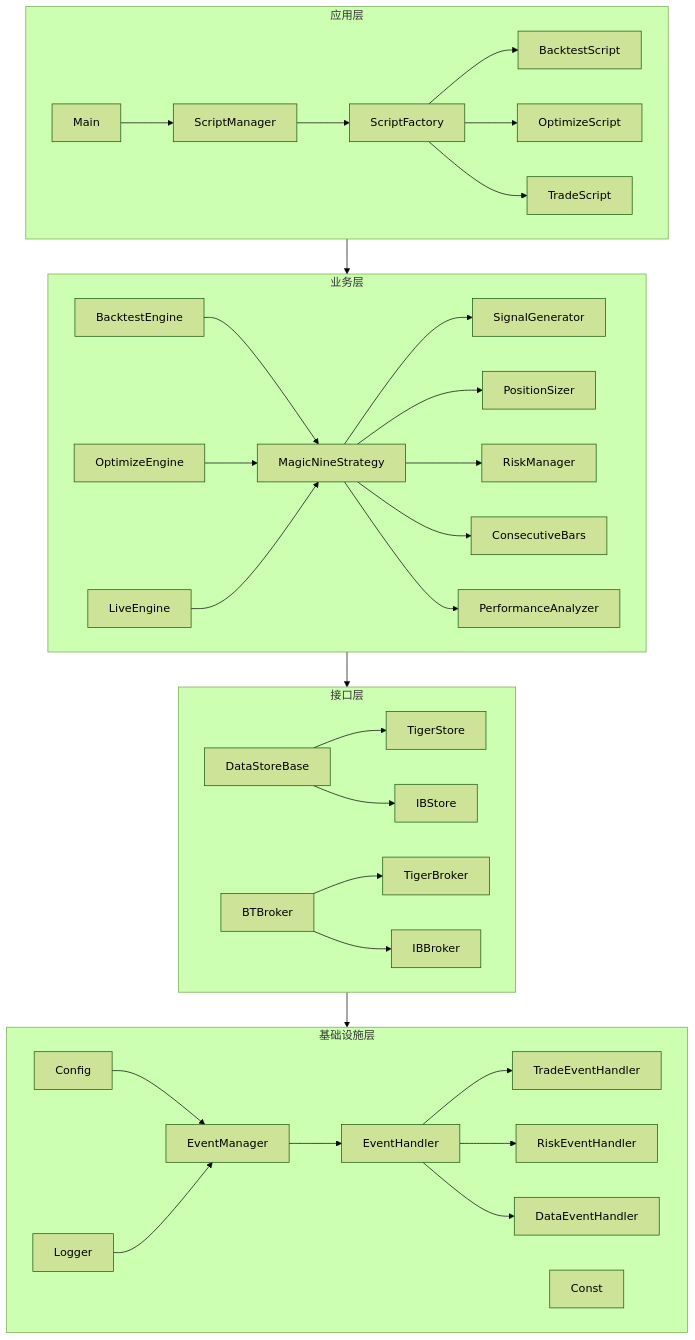
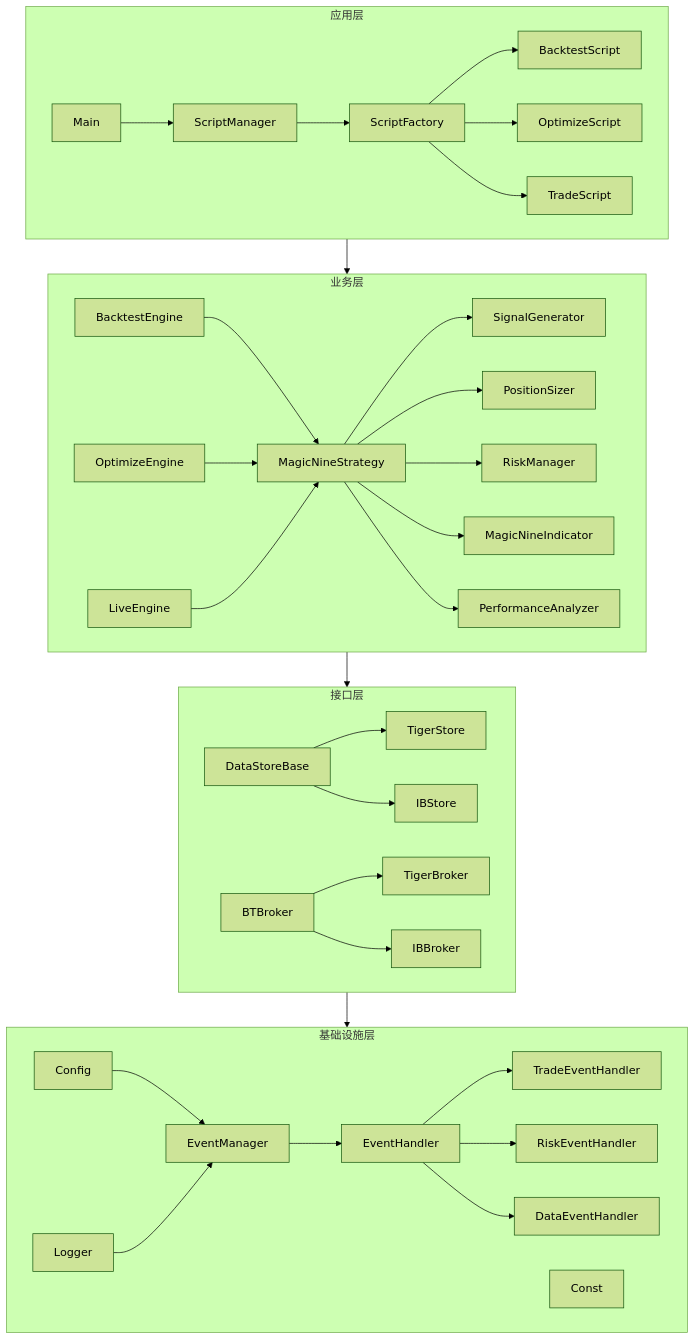
One commit to xinlee0113/nine_turn_strategy changed the first of 6 diagrams in architecture_diagram.md. Above: the diagram before and after it, drawn with Mermaid (forest theme). The commit also changed other lines of this file and 3 other files, not shown here.

```diff
--- a/architecture_diagram.md
+++ b/architecture_diagram.md
@@ -239,7 +239,7 @@
     B2[SignalGenerator]
     B3[PositionSizer]
     B4[RiskManager]
-    B5[ConsecutiveBars]
+    B5[MagicNineIndicator]
     B6[PerformanceAnalyzer]
     B7[BacktestEngine]
     B8[OptimizeEngine]
```
